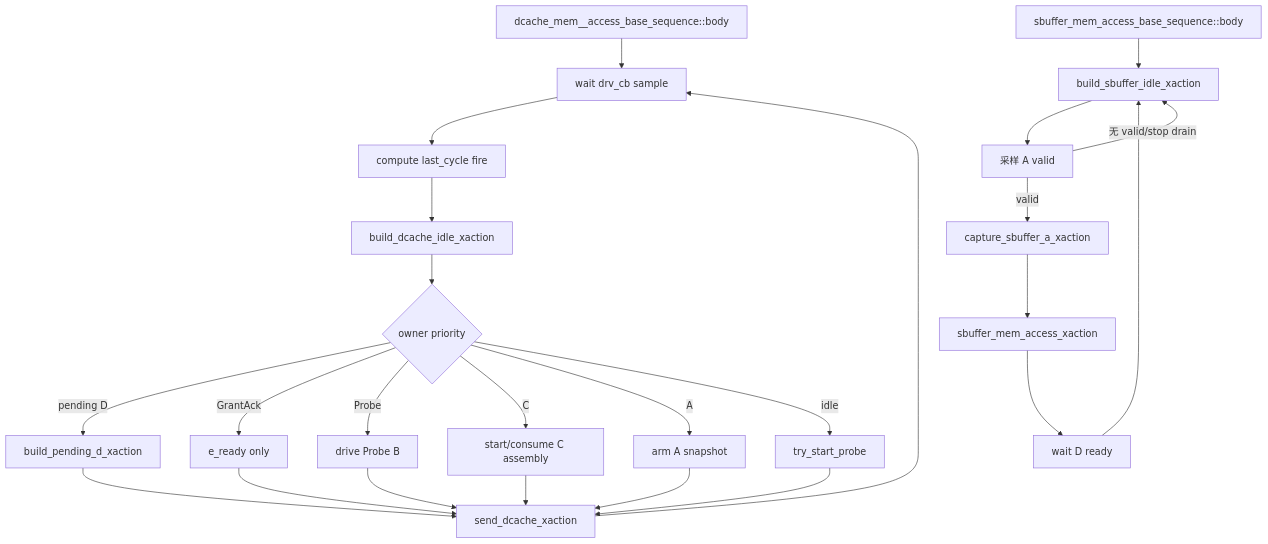
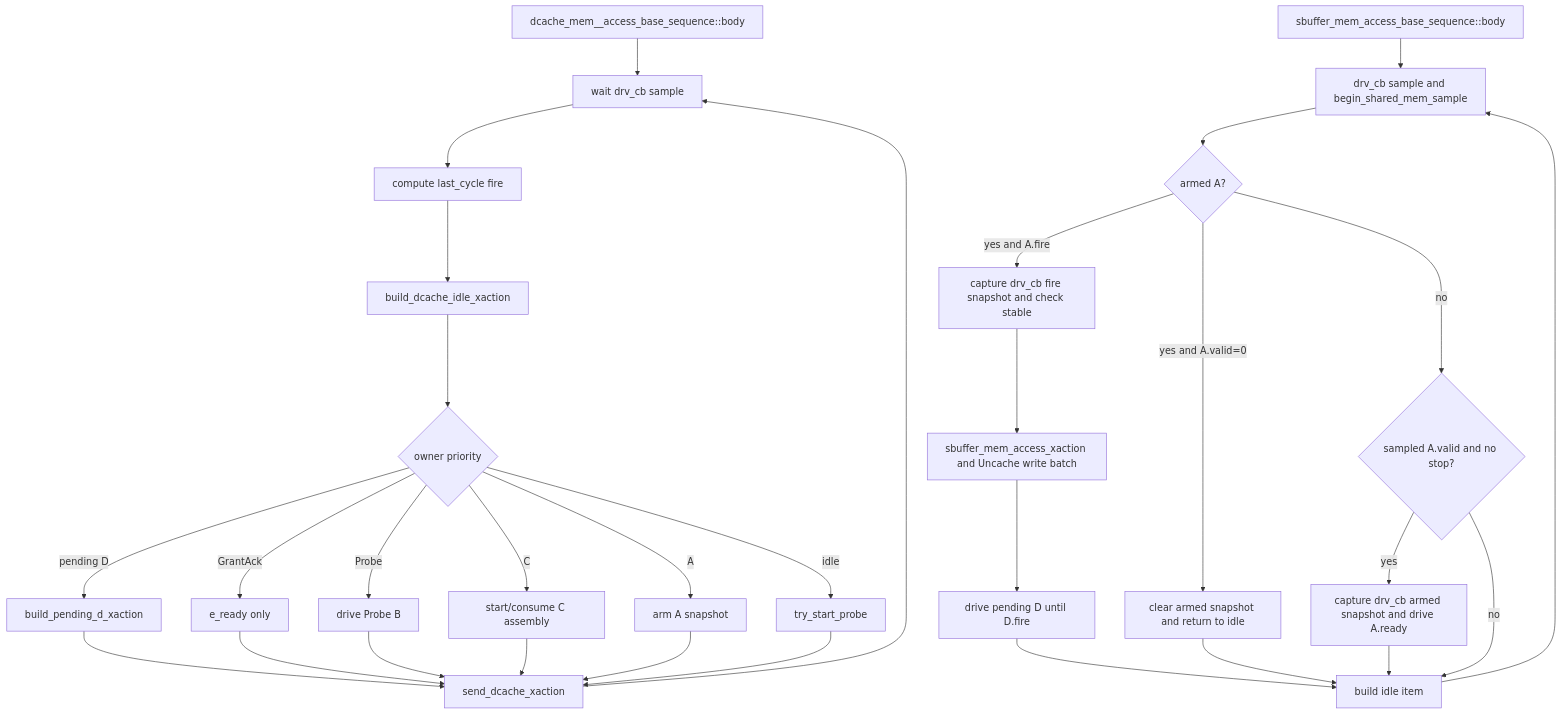
The diagram in AI_DOC/mem_ut_flow_doc/dcache_sbuffer_memory_responder_flow.md (OpenXiangShan/XiangShan), drawn with Mermaid before and after one commit. The commit also changed other lines of this file and 18 other files, not shown here.

````diff
--- a/AI_DOC/mem_ut_flow_doc/dcache_sbuffer_memory_responder_flow.md
+++ b/AI_DOC/mem_ut_flow_doc/dcache_sbuffer_memory_responder_flow.md
@@ -27,28 +31,34 @@
 ```mermaid
 flowchart TD
     A[dcache_mem__access_base_sequence::body] --> B[wait drv_cb sample]
     B --> C[compute last_cycle fire]
     C --> D[build_dcache_idle_xaction]
     D --> E{owner priority}
     E -->|pending D| F[build_pending_d_xaction]
     E -->|GrantAck| G[e_ready only]
     E -->|Probe| H[drive Probe B]
     E -->|C| I[start/consume C assembly]
     E -->|A| J[arm A snapshot]
     E -->|idle| K[try_start_probe]
     F --> L[send_dcache_xaction]
     G --> L
     H --> L
     I --> L
     J --> L
     K --> L
     L --> B
 
-    M[sbuffer_mem_access_base_sequence::body] --> N[build_sbuffer_idle_xaction]
-    N --> O[采样 A valid]
-    O -->|valid| P[capture_sbuffer_a_xaction]
-    P --> Q[sbuffer_mem_access_xaction]
-    Q --> R[wait D ready]
-    R --> N
-    O -->|无 valid/stop drain| N
+    M[sbuffer_mem_access_base_sequence::body] --> N[drv_cb sample and begin_shared_mem_sample]
+    N --> O{armed A?}
+    O -->|yes and A.fire| P[capture drv_cb fire snapshot and check stable]
+    P --> Q[sbuffer_mem_access_xaction and Uncache write batch]
+    Q --> R[drive pending D until D.fire]
+    R --> S[build idle item]
+    O -->|yes and A.valid=0| V[clear armed snapshot and return to idle]
+    V --> S
+    O -->|no| T{sampled A.valid and no stop?}
+    T -->|yes| U[capture drv_cb armed snapshot and drive A.ready]
+    U --> S
+    T -->|no| S
+    S --> N
 ```
````
